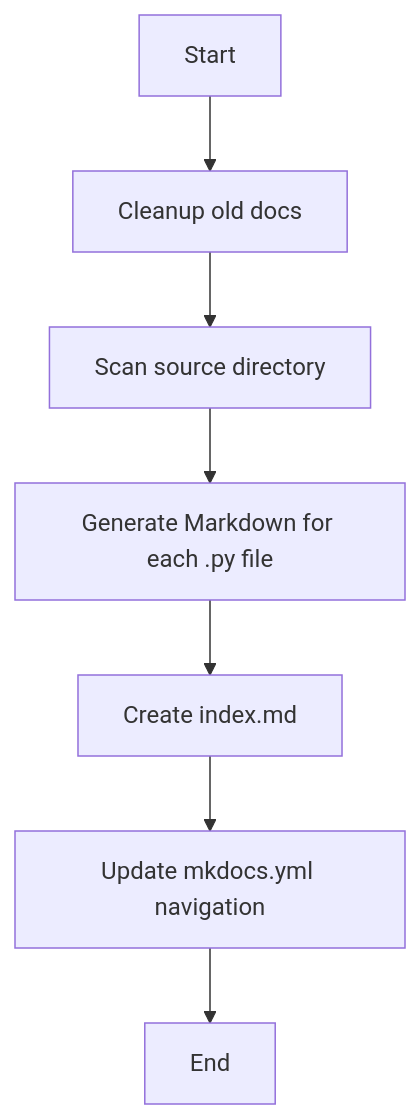
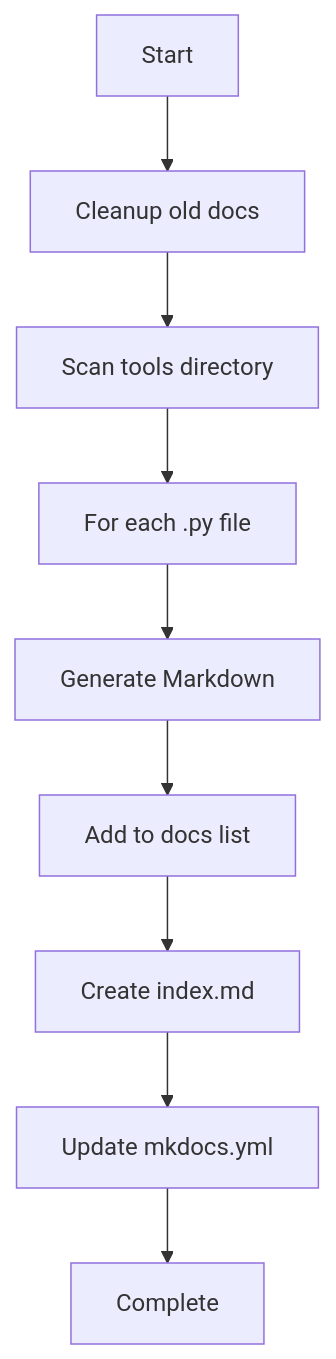
One commit to 48Nauts-Operator/nautee changed the diagram in docs/generate_docs_py.md. Above: the diagram before and after it, drawn with Mermaid. The commit also changed other lines of this file and 8 other files, not shown here.

````diff
--- a/docs/generate_docs_py.md
+++ b/docs/generate_docs_py.md
@@ -76,9 +68,11 @@
 ```mermaid
 graph TD
     A[Start] --> B[Cleanup old docs]
-    B --> C[Scan source directory]
-    C --> D[Generate Markdown for each .py file]
-    D --> E[Create index.md]
-    E --> F[Update mkdocs.yml navigation]
-    F --> G[End]
+    B --> C[Scan tools directory]
+    C --> D[For each .py file]
+    D --> E[Generate Markdown]
+    E --> F[Add to docs list]
+    F --> G[Create index.md]
+    G --> H[Update mkdocs.yml]
+    H --> I[Complete]
 ```
````
